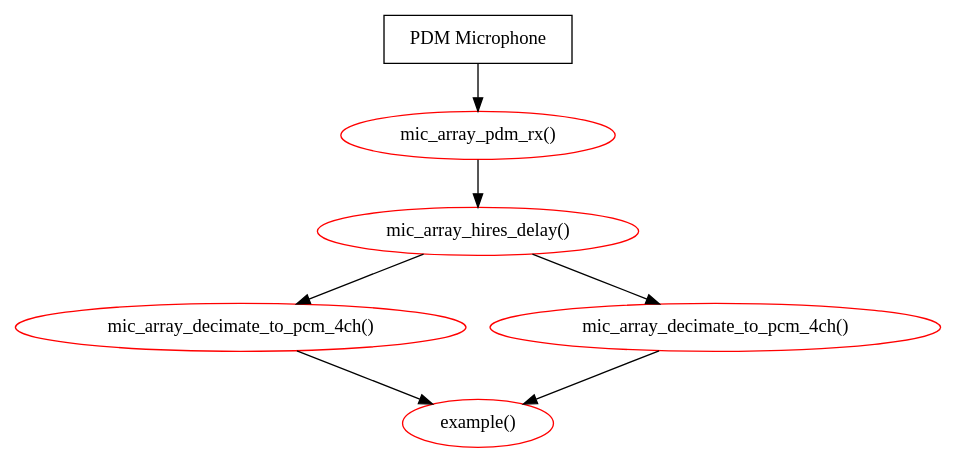
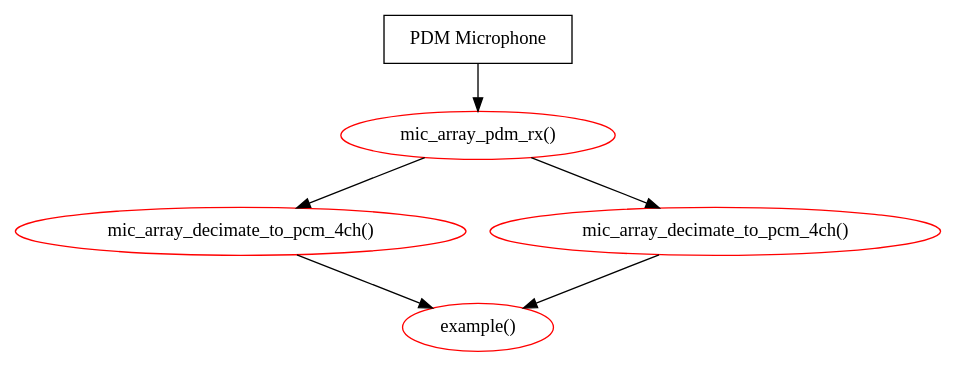
The diagram in examples/AN00220_app_phase_aligned_example/doc/rst/block_diagram.dot (xmos/lib_mic_array), drawn with Graphviz before and after one commit. The commit also changed 1 other file, not shown here.

Commit message:
Fix copy/paste error for AN00220 diagram

```diff
--- a/examples/AN00220_app_phase_aligned_example/doc/rst/block_diagram.dot
+++ b/examples/AN00220_app_phase_aligned_example/doc/rst/block_diagram.dot
@@ -1,19 +1,17 @@
 digraph g {
 	
 	mic_array_pdm_rx [label="mic_array_pdm_rx()", color=red]; 
-	mic_array_hires_delay [label="mic_array_hires_delay()", color=red]; 
 	mic_array_decimate_to_pcm_4ch1 [label="mic_array_decimate_to_pcm_4ch()", color=red]; 
 	mic_array_decimate_to_pcm_4ch0 [label="mic_array_decimate_to_pcm_4ch()", color=red]; 
 	example [label="example()", color=red]; 
   
 	pdm_mic  [label="PDM Microphone", shape=box]; 
 
 	pdm_mic -> mic_array_pdm_rx;
 	
-	mic_array_pdm_rx -> mic_array_hires_delay;
-	mic_array_hires_delay -> mic_array_decimate_to_pcm_4ch0;
-	mic_array_hires_delay -> mic_array_decimate_to_pcm_4ch1;
+	mic_array_pdm_rx -> mic_array_decimate_to_pcm_4ch0;
+	mic_array_pdm_rx -> mic_array_decimate_to_pcm_4ch1;
 
 	mic_array_decimate_to_pcm_4ch0 -> example;
 	mic_array_decimate_to_pcm_4ch1 -> example;
 }
```
